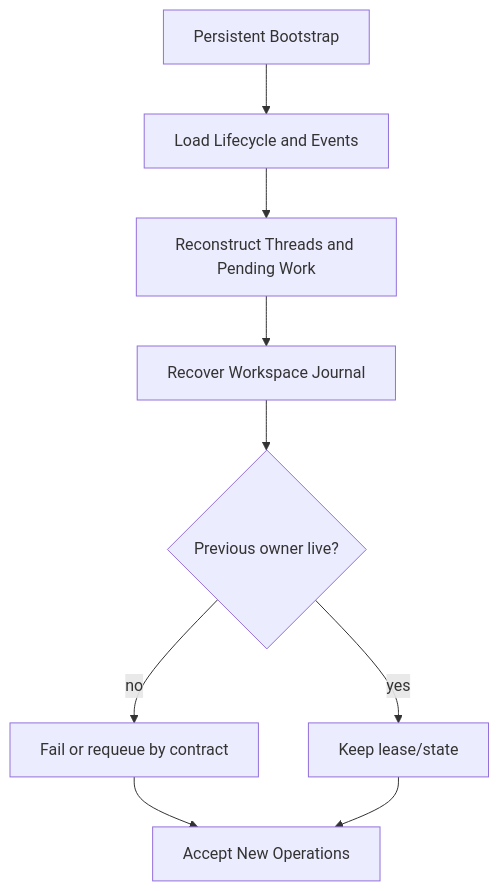
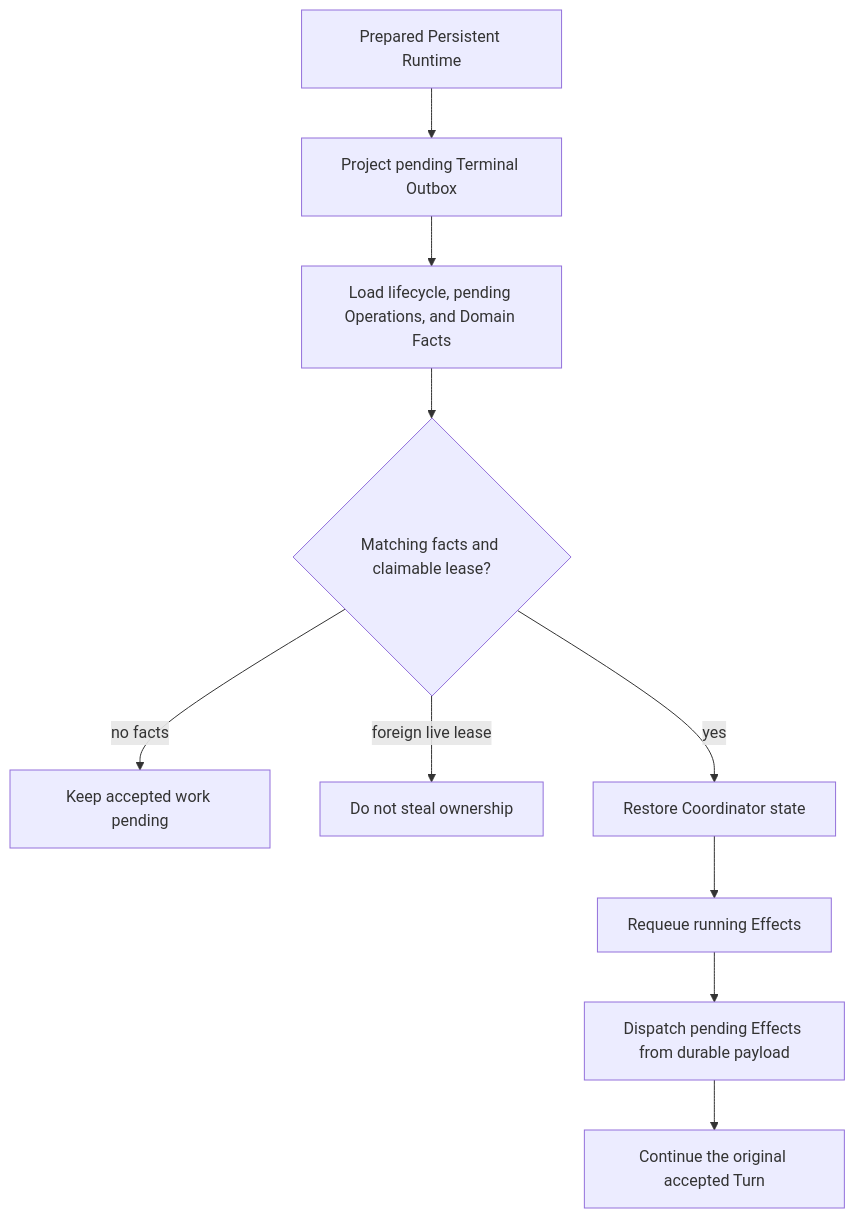
One commit to fwtllh-png/CodeHelper changed the diagram in docs/book/en/03-runtime-kernel/06-resume-and-recovery.md. Above: the diagram before and after it, drawn with Mermaid. The commit also changed other lines of this file and 14 other files, not shown here.

````diff
--- a/docs/book/en/03-runtime-kernel/06-resume-and-recovery.md
+++ b/docs/book/en/03-runtime-kernel/06-resume-and-recovery.md
@@ -57,11 +64,12 @@
 ```mermaid
 flowchart TD
-    B[Persistent Bootstrap] --> L[Load Lifecycle and Events]
-    L --> R[Reconstruct Threads and Pending Work]
-    R --> J[Recover Workspace Journal]
-    J --> C{Previous owner live?}
-    C -->|yes| K[Keep lease/state]
-    C -->|no| F[Fail or requeue by contract]
-    F --> A[Accept New Operations]
-    K --> A
+    B[Prepared Persistent Runtime] --> O[Project pending Terminal Outbox]
+    O --> L[Load lifecycle, pending Operations, and Domain Facts]
+    L --> C{Matching facts and claimable lease?}
+    C -->|no facts| I[Keep accepted work pending]
+    C -->|foreign live lease| K[Do not steal ownership]
+    C -->|yes| R[Restore Coordinator state]
+    R --> Q[Requeue running Effects]
+    Q --> D[Dispatch pending Effects from durable payload]
+    D --> A[Continue the original accepted Turn]
 ```
````
